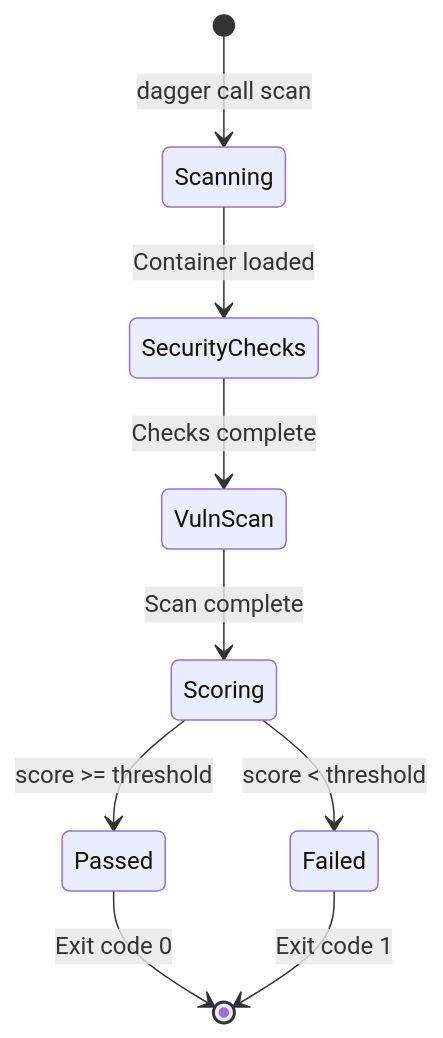
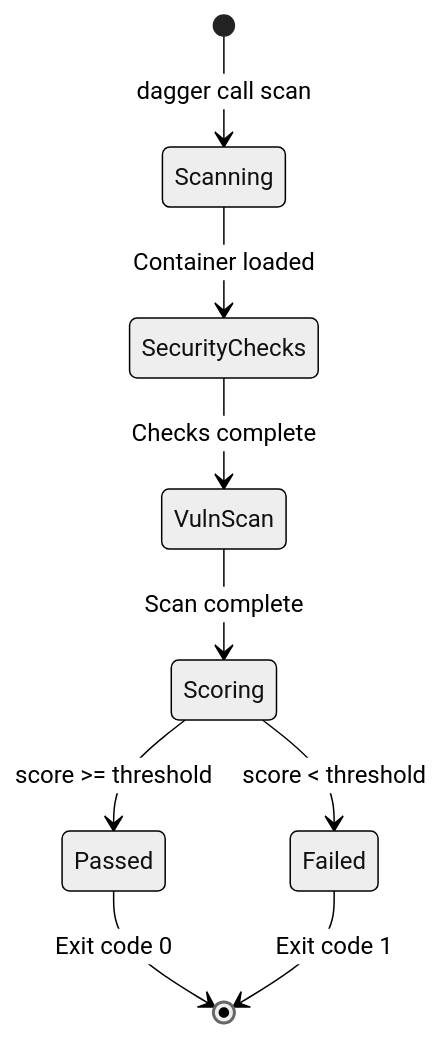
The fourth of 8 diagrams in README.md (sylvester-francis/Sentry), drawn with Mermaid before and after one commit. The commit also changed other lines of this file, not shown here.

````diff
--- a/README.md
+++ b/README.md
@@ -163,11 +166,12 @@
 ```mermaid
+%%{init: {'theme': 'neutral'}}%%
 stateDiagram-v2
     [*] --> Scanning: dagger call scan
     Scanning --> SecurityChecks: Container loaded
     SecurityChecks --> VulnScan: Checks complete
     VulnScan --> Scoring: Scan complete
     Scoring --> Passed: score >= threshold
     Scoring --> Failed: score < threshold
     Passed --> [*]: Exit code 0
     Failed --> [*]: Exit code 1
 ```
````
